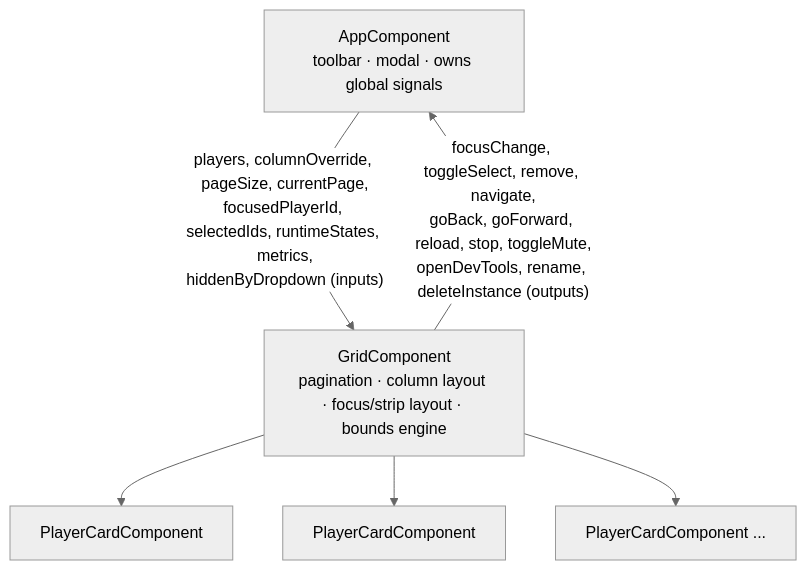
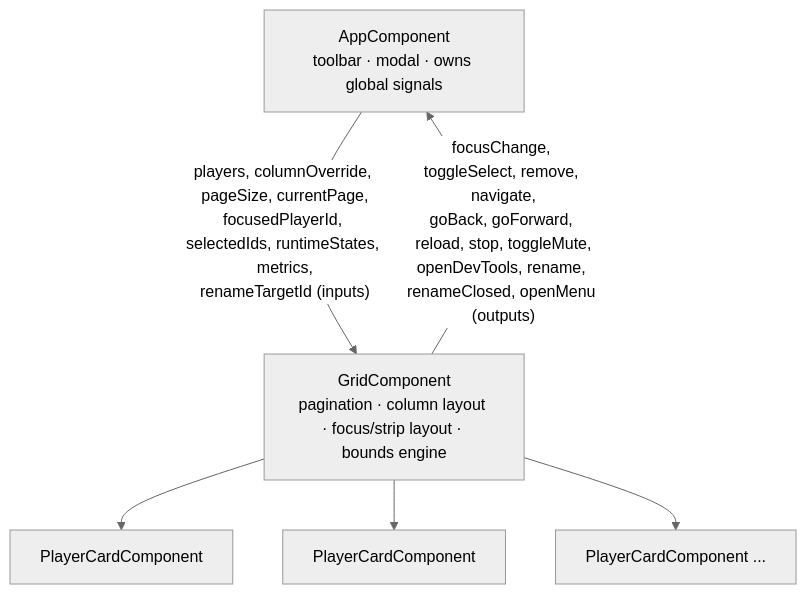
One commit to Hachimanka/Player-Swarm changed the second of 6 diagrams in desktop/ARCHITECTURE.md. Above: the diagram before and after it, drawn with Mermaid (neutral theme). The commit also changed other lines of this file and 39 other files, not shown here.

Commit message:
feat: add Instance Console and compact player context menus

````diff
--- a/desktop/ARCHITECTURE.md
+++ b/desktop/ARCHITECTURE.md
@@ -112,14 +115,14 @@
 ```mermaid
 flowchart TD
     AC[AppComponent<br/>toolbar · modal · owns global signals]
     GC[GridComponent<br/>pagination · column layout · focus/strip layout · bounds engine]
     PC1[PlayerCardComponent]
     PC2[PlayerCardComponent]
     PCn[PlayerCardComponent ...]
 
-    AC -- "players, columnOverride, pageSize, currentPage,<br/>focusedPlayerId, selectedIds, runtimeStates, metrics,<br/>hiddenByDropdown (inputs)" --> GC
-    GC -- "focusChange, toggleSelect, remove, navigate,<br/>goBack, goForward, reload, stop, toggleMute,<br/>openDevTools, rename, deleteInstance (outputs)" --> AC
+    AC -- "players, columnOverride, pageSize, currentPage,<br/>focusedPlayerId, selectedIds, runtimeStates, metrics,<br/>renameTargetId (inputs)" --> GC
+    GC -- "focusChange, toggleSelect, remove, navigate,<br/>goBack, goForward, reload, stop, toggleMute,<br/>openDevTools, rename, renameClosed, openMenu (outputs)" --> AC
     GC --> PC1
     GC --> PC2
     GC --> PCn
 ```
````
